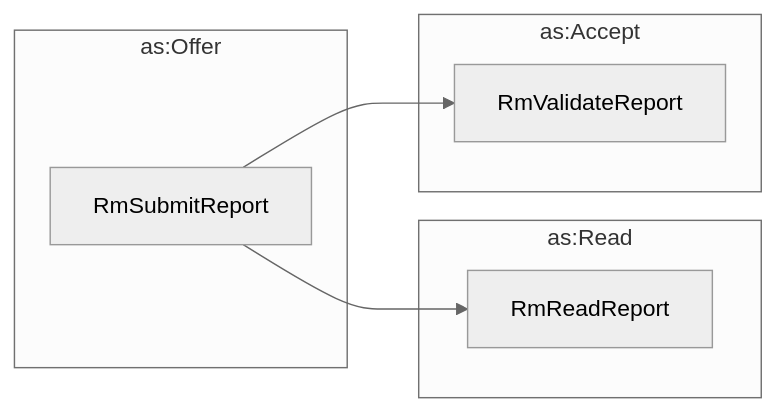
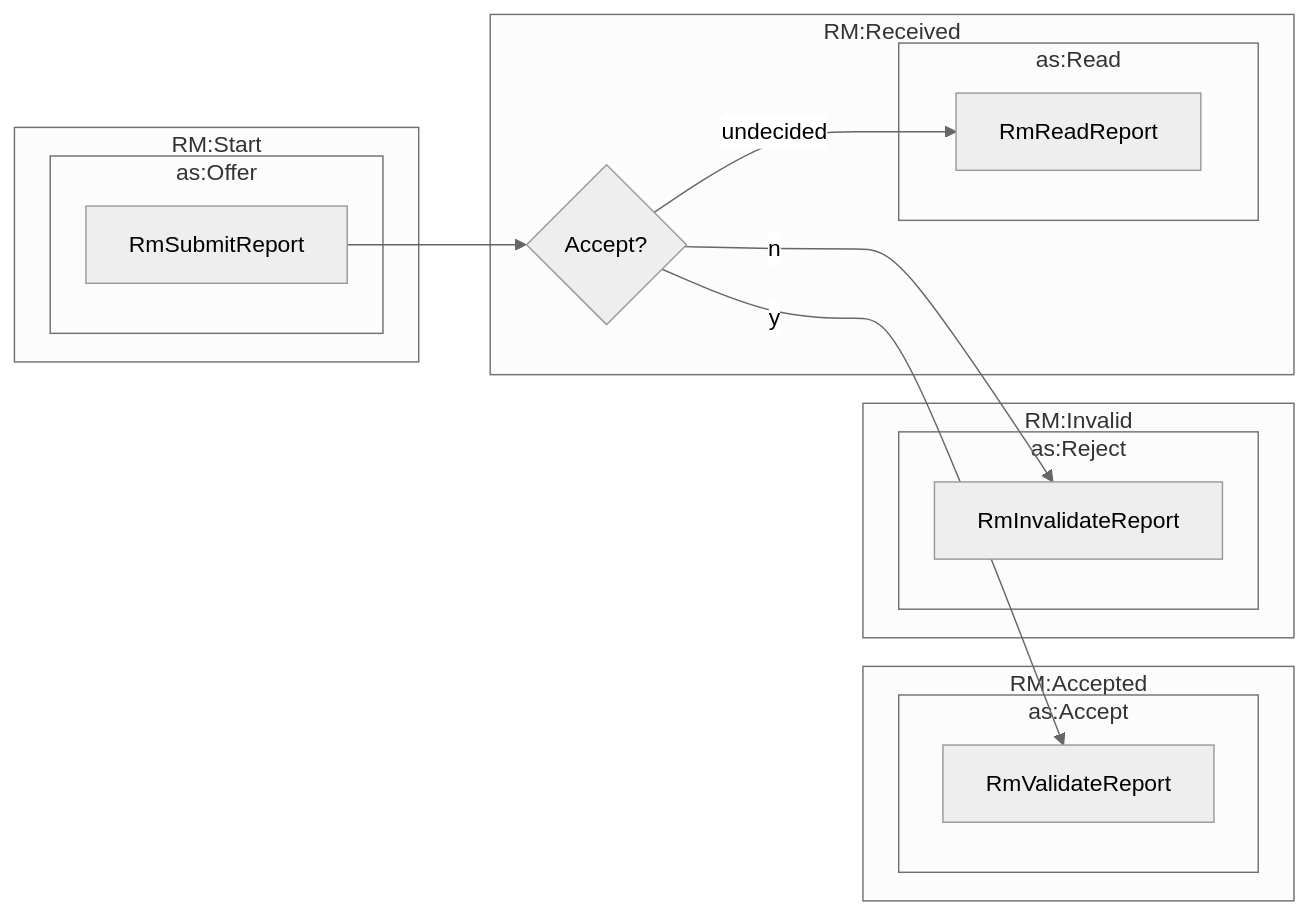
The diagram in docs/howto/activitypub/activities/acknowledge.md (ahouseholder/Vultron), drawn with Mermaid (neutral theme) before and after one commit. The commit also changed 13 other files, not shown here.

Commit message:
improve diagrams

````diff
--- a/docs/howto/activitypub/activities/acknowledge.md
+++ b/docs/howto/activitypub/activities/acknowledge.md
@@ -21,14 +21,28 @@
 ```mermaid
 flowchart LR
-    subgraph as:Offer
-        RmSubmitReport
+    subgraph RM:Received
+        a{Accept?}
+        subgraph as:Read
+            RmReadReport
+        end
     end
-    subgraph as:Read
-        RmReadReport
+    subgraph RM:Start
+        subgraph as:Offer
+            RmSubmitReport
+        end
     end
-    subgraph as:Accept
-        RmValidateReport
-    end  
-    RmSubmitReport --> RmReadReport
-    RmSubmitReport --> RmValidateReport
+    subgraph RM:Accepted
+        subgraph as:Accept
+            RmValidateReport
+        end
+    end
+    subgraph RM:Invalid
+        subgraph as:Reject
+            RmInvalidateReport
+        end
+    end
+    a -->|y| RmValidateReport
+    a -->|undecided| RmReadReport
+    a -->|n| RmInvalidateReport
+    RmSubmitReport --> a
 ```
````
